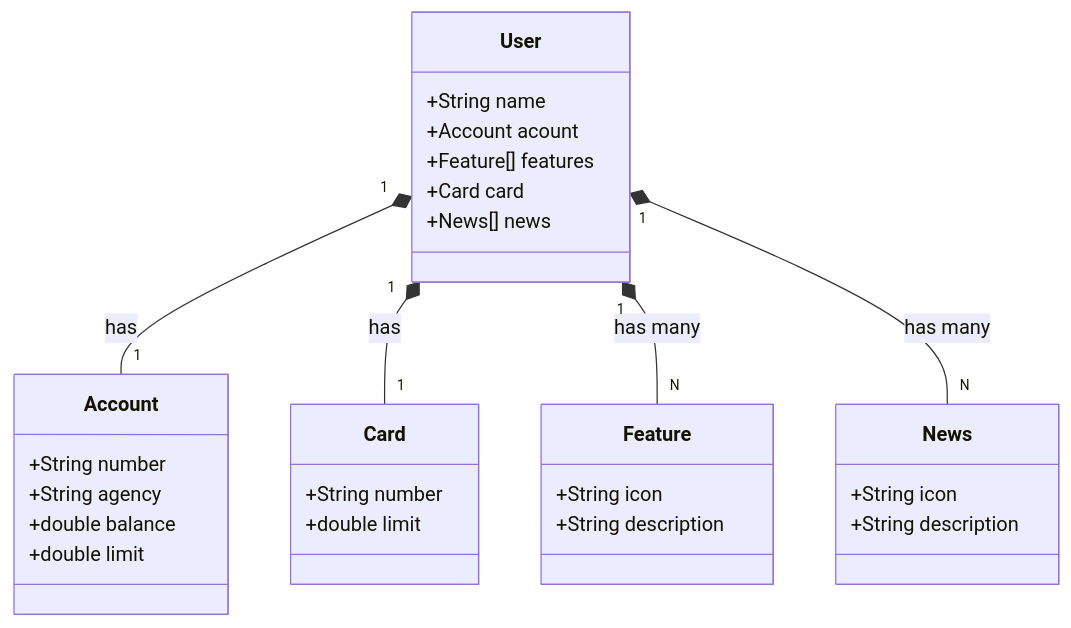
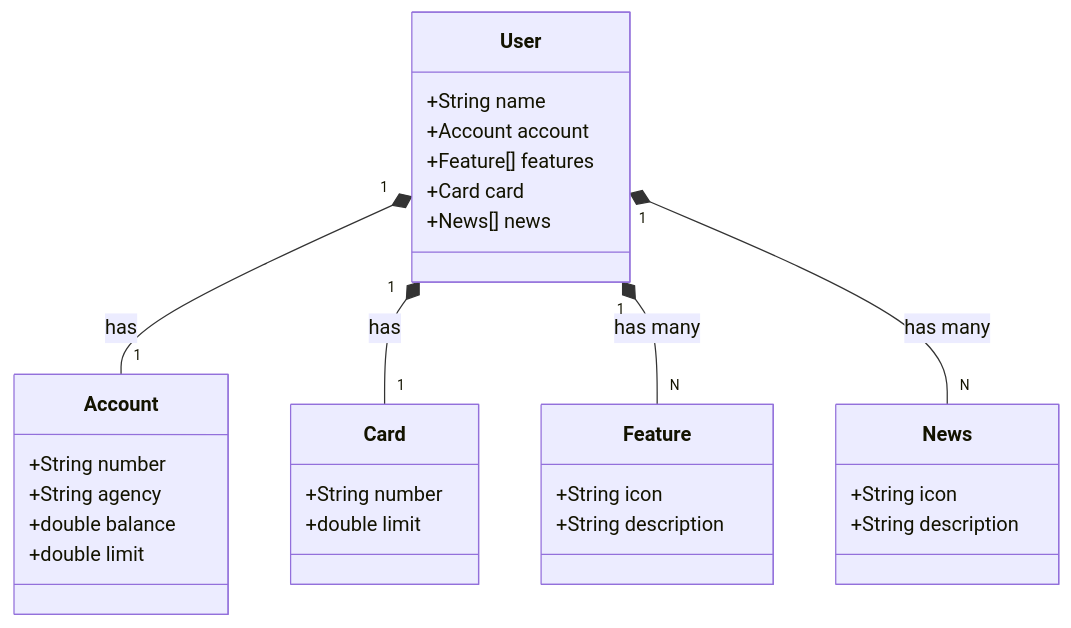
The diagram in README.md (anyblueangel3/santander-dev-week-2023), drawn with Mermaid before and after one commit. The commit also changed 8 other files, not shown here.

````diff
--- a/README.md
+++ b/README.md
@@ -3,37 +3,37 @@
 ```mermaid
 classDiagram
     class User {
         +String name
-        +Account acount
+        +Account account
         +Feature[] features
         +Card card
         +News[] news
     }
 
     class Account {
         +String number
         +String agency
         +double balance
         +double limit
     }
 
     class Feature {
         +String icon
         +String description
     }
 
     class Card {
         +String number
         +double limit
     }
 
     class News {
         +String icon
         +String description
     }
 
     User "1" *-- "1" Account : has
     User "1" *-- "1" Card : has
     User "1" *-- "N" Feature : has many
     User "1" *-- "N" News : has many
 ```
````
